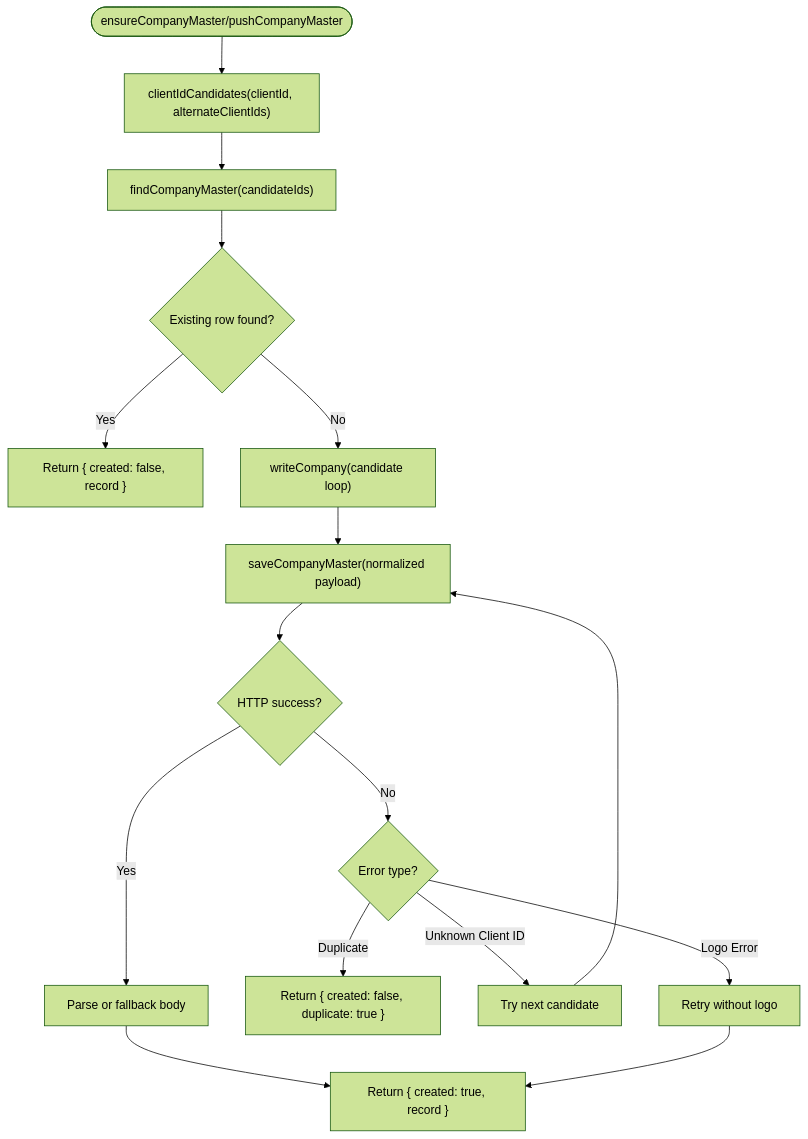
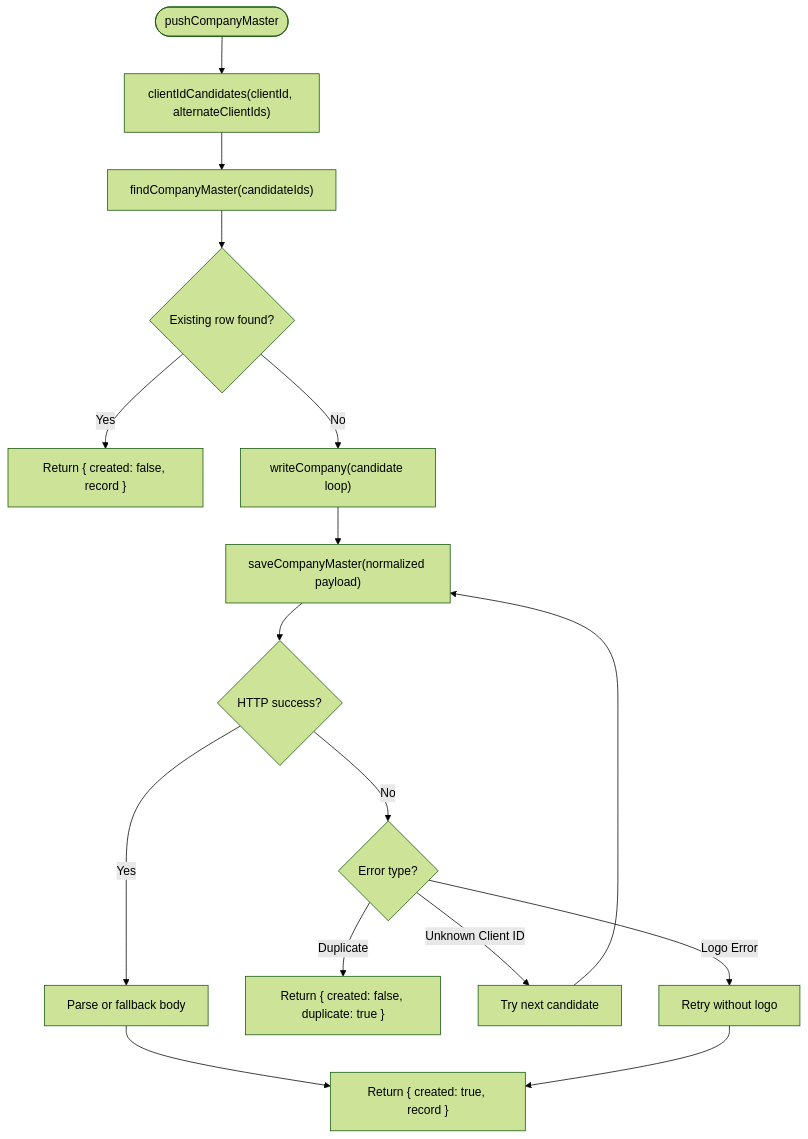
One commit to imcbsglobal/TRELLISCO_ERP_FRONTEND changed the third of 5 diagrams in .qoder/repowiki/en/content/API Integration Layer/Company Master API Integration.md. Above: the diagram before and after it, drawn with Mermaid (forest theme). The commit also changed other lines of this file and 27 other files, not shown here.

````diff
--- a/.qoder/repowiki/en/content/API Integration Layer/Company Master API Integration.md
+++ b/.qoder/repowiki/en/content/API Integration Layer/Company Master API Integration.md
@@ -151,18 +148,18 @@
 ```mermaid
 flowchart TD
-Start(["ensureCompanyMaster/pushCompanyMaster"]) --> Candidates["clientIdCandidates(clientId, alternateClientIds)"]
+Start(["pushCompanyMaster"]) --> Candidates["clientIdCandidates(clientId, alternateClientIds)"]
 Candidates --> Lookup["findCompanyMaster(candidateIds)"]
 Lookup --> Found{"Existing row found?"}
 Found --> |Yes| ReturnExisting["Return { created: false, record }"]
 Found --> |No| WriteLoop["writeCompany(candidate loop)"]
 WriteLoop --> TrySave["saveCompanyMaster(normalized payload)"]
 TrySave --> Success{"HTTP success?"}
 Success --> |Yes| ParseBody["Parse or fallback body"]
 ParseBody --> ReturnNew["Return { created: true, record }"]
 Success --> |No| ErrorCheck{"Error type?"}
 ErrorCheck --> |Duplicate| ReturnDuplicate["Return { created: false, duplicate: true }"]
 ErrorCheck --> |Unknown Client ID| NextCandidate["Try next candidate"]
 ErrorCheck --> |Logo Error| RetryWithoutLogo["Retry without logo"]
 NextCandidate --> TrySave
 RetryWithoutLogo --> ReturnNew
 ```
````
